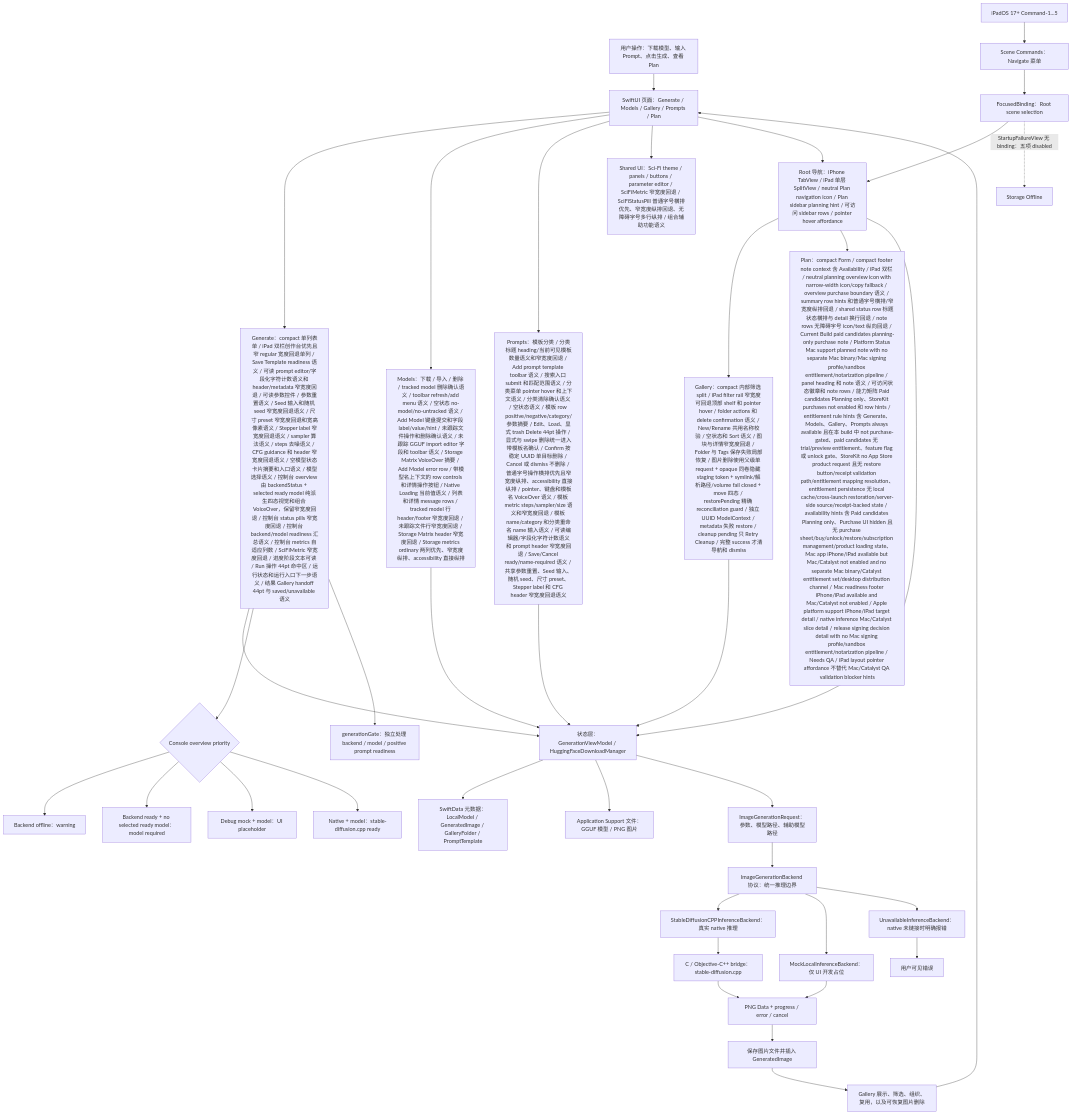
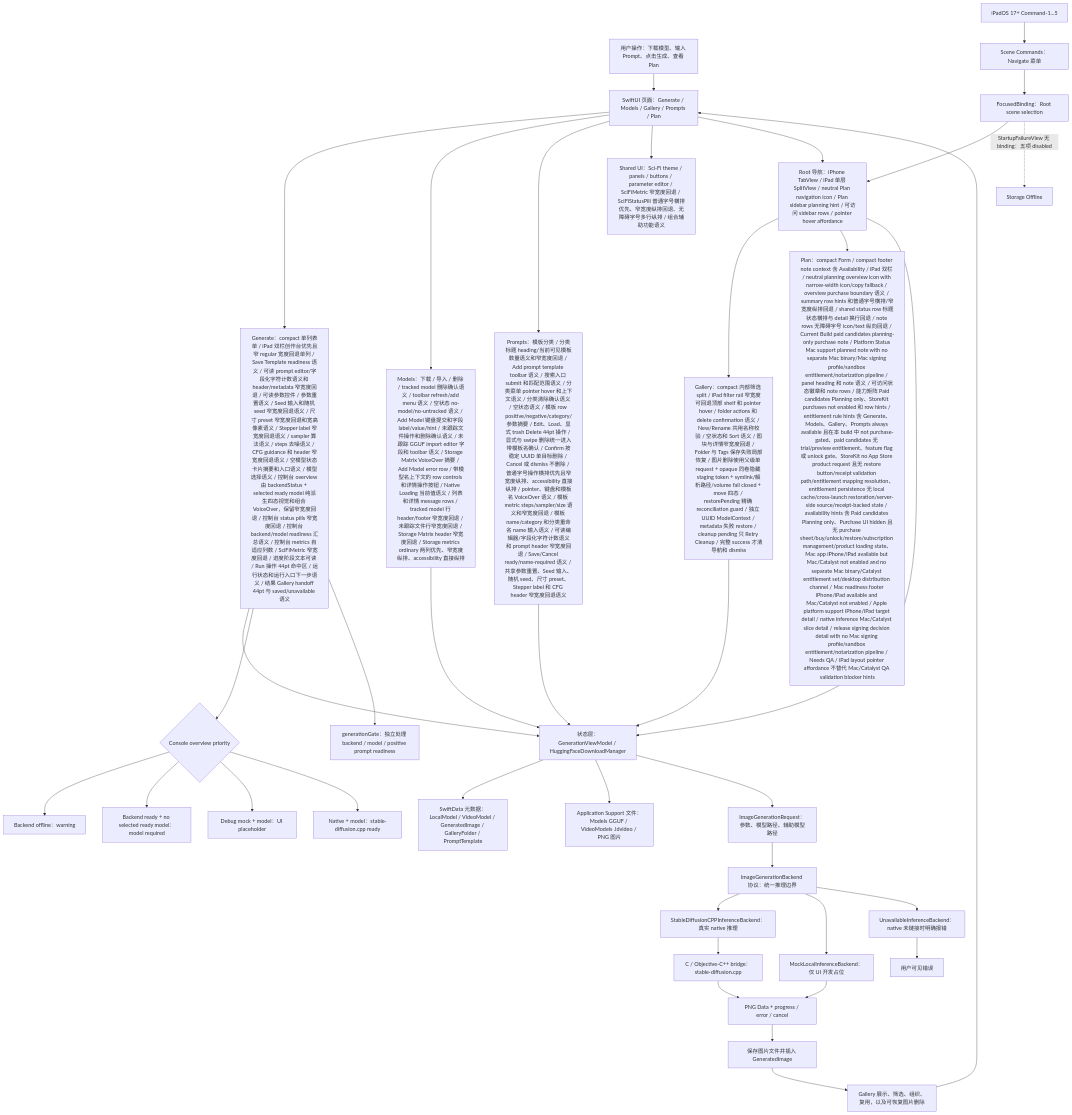
Before and after one commit to Altman-sam114/118: the first of 9 diagrams in md/flow/flowchart.md, drawn with Mermaid. The commit also changed other lines of this file and 12 other files, not shown here.

Commit message:
v1.161: Add local video model deployment foundation

````diff
--- a/md/flow/flowchart.md
+++ b/md/flow/flowchart.md
@@ -9,40 +9,40 @@
 ```mermaid
 flowchart TD
   U["用户操作：下载模型、输入 Prompt、点击生成、查看 Plan"] --> UI["SwiftUI 页面：Generate / Models / Gallery / Prompts / Plan"]
   UI --> GENUI["Generate：compact 单列表单 / iPad 双栏创作台优先且窄 regular 宽度回退单列 / Save Template readiness 语义 / 可读 prompt editor/字段化字符计数语义和 header/metadata 窄宽度回退 / 可读参数控件 / 参数重置语义 / Seed 输入和随机 seed 窄宽度回退语义 / 尺寸 preset 窄宽度回退和宽高像素语义 / Stepper label 窄宽度回退语义 / sampler 算法语义 / steps 去噪语义 / CFG guidance 和 header 窄宽度回退语义 / 空模型状态卡片摘要和入口语义 / 模型选择语义 / 控制台 overview 由 backendStatus + selected ready model 纯派生四态视觉和组合 VoiceOver，保留窄宽度回退 / 控制台 status pills 窄宽度回退 / 控制台 backend/model readiness 汇总语义 / 控制台 metrics 自适应列数 / SciFiMetric 窄宽度回退 / 进度阶段文本可读 / Run 操作 44pt 命中区 / 运行状态和运行入口下一步语义 / 结果 Gallery handoff 44pt 与 saved/unavailable 语义"]
   UI --> MODELUI["Models：下载 / 导入 / 删除 / tracked model 删除确认语义 / toolbar refresh/add menu 语义 / 空状态 no-model/no-untracked 语义 / Add Model 键盘提交和字段 label/value/hint / 未跟踪文件操作和删除确认语义 / 未跟踪 GGUF import editor 字段和 toolbar 语义 / Storage Matrix VoiceOver 摘要 / Add Model error row / 带模型名上下文的 row controls 和详情操作按钮 / Native Loading 当前值语义 / 列表和详情 message rows / tracked model 行 header/footer 窄宽度回退 / 未跟踪文件行窄宽度回退 / Storage Matrix header 窄宽度回退 / Storage metrics ordinary 两列优先、窄宽度纵排、accessibility 直接纵排"]
   UI --> PROMPTUI["Prompts：模板分类 / 分类标题 heading/当前可见模板数量语义和窄宽度回退 / Add prompt template toolbar 语义 / 搜索入口 submit 和匹配范围语义 / 分类菜单 pointer hover 和上下文语义 / 分类清除确认语义 / 空状态语义 / 模板 row positive/negative/category/参数摘要 / Edit、Load、显式 trash Delete 44pt 操作 / 显式与 swipe 删除统一进入带模板名确认 / Confirm 按稳定 UUID 单目标删除 / Cancel 或 dismiss 不删除 / 普通字号操作横排优先且窄宽度纵排、accessibility 直接纵排 / pointer、键盘和模板名 VoiceOver 语义 / 模板 metric steps/sampler/size 语义和窄宽度回退 / 模板 name/category 和分类重命名 name 输入语义 / 可读编辑器/字段化字符计数语义和 prompt header 窄宽度回退 / Save/Cancel ready/name-required 语义 / 共享参数重置、Seed 输入、随机 seed、尺寸 preset、Stepper label 和 CFG header 窄宽度回退语义"]
   UI --> SHAREDUI["Shared UI：Sci-Fi theme / panels / buttons / parameter editor / SciFiMetric 窄宽度回退 / SciFiStatusPill 普通字号横排优先、窄宽度纵排回退、无障碍字号多行纵排 / 组合辅助功能语义"]
   UI --> NAV["Root 导航：iPhone TabView / iPad 单层 SplitView / neutral Plan navigation icon / Plan sidebar planning hint / 可访问 sidebar rows / pointer hover affordance"]
   KEYBOARD["iPadOS 17+ Command-1...5"] --> COMMANDS["Scene Commands：Navigate 菜单"]
   COMMANDS --> FOCUSED["FocusedBinding：Root scene selection"]
   FOCUSED --> NAV
   FOCUSED -. "StartupFailureView 无 binding：五项 disabled" .-> STARTUP["Storage Offline"]
   NAV --> GALUI["Gallery：compact 内部筛选 split / iPad filter rail 窄宽度可回退顶部 shelf 和 pointer hover / folder actions 和 delete confirmation 语义 / New/Rename 共用名称校验 / 空状态和 Sort 语义 / 图块与详情窄宽度回退 / Folder 与 Tags 保存失败局部恢复 / 图片删除使用父级单 request + opaque 同卷隐藏 staging token + symlink/解析路径/volume fail closed + move 四态 / restorePending 精确 reconciliation guard / 独立 UUID ModelContext / metadata 失败 restore / cleanup pending 只 Retry Cleanup / 完整 success 才清导航和 dismiss"]
   NAV --> PLANUI["Plan：compact Form / compact footer note context 含 Availability / iPad 双栏 / neutral planning overview icon with narrow-width icon/copy fallback / overview purchase boundary 语义 / summary row hints 和普通字号横排/窄宽度纵排回退 / shared status row 标题状态横排与 detail 换行回退 / note rows 无障碍字号 icon/text 纵向回退 / Current Build paid candidates planning-only purchase note / Platform Status Mac support planned note with no separate Mac binary/Mac signing profile/sandbox entitlement/notarization pipeline / panel heading 和 note 语义 / 可访问状态徽章和 note rows / 能力矩阵 Paid candidates Planning only、StoreKit purchases not enabled 和 row hints / entitlement rule hints 含 Generate、Models、Gallery、Prompts always available 且在本 build 中 not purchase-gated、paid candidates 无 trial/preview entitlement、feature flag 或 unlock gate、StoreKit no App Store product request 且无 restore button/receipt validation path/entitlement mapping resolution、entitlement persistence 无 local cache/cross-launch restoration/server-side source/receipt-backed state / availability hints 含 Paid candidates Planning only、Purchase UI hidden 且无 purchase sheet/buy/unlock/restore/subscription management/product loading state、Mac app iPhone/iPad available but Mac/Catalyst not enabled and no separate Mac binary/Catalyst entitlement set/desktop distribution channel / Mac readiness footer iPhone/iPad available and Mac/Catalyst not enabled / Apple platform support iPhone/iPad target detail / native inference Mac/Catalyst slice detail / release signing decision detail with no Mac signing profile/sandbox entitlement/notarization pipeline / Needs QA / iPad layout pointer affordance 不替代 Mac/Catalyst QA validation blocker hints"]
   NAV --> VM["状态层：GenerationViewModel / HuggingFaceDownloadManager"]
   GENUI --> VM
   GENUI --> OVERVIEW{"Console overview priority"}
   OVERVIEW --> O1["Backend offline：warning"]
   OVERVIEW --> O2["Backend ready + no selected ready model：model required"]
   OVERVIEW --> O3["Debug mock + model：UI placeholder"]
   OVERVIEW --> O4["Native + model：stable-diffusion.cpp ready"]
   GENUI --> GATE["generationGate：独立处理 backend / model / positive prompt readiness"]
   MODELUI --> VM
   PROMPTUI --> VM
   GALUI --> VM
-  VM --> SD["SwiftData 元数据：LocalModel / GeneratedImage / GalleryFolder / PromptTemplate"]
-  VM --> FS["Application Support 文件：GGUF 模型 / PNG 图片"]
+  VM --> SD["SwiftData 元数据：LocalModel / VideoModel / GeneratedImage / GalleryFolder / PromptTemplate"]
+  VM --> FS["Application Support 文件：Models GGUF / VideoModels .ldvideo / PNG 图片"]
   VM --> REQ["ImageGenerationRequest：参数、模型路径、辅助模型路径"]
   REQ --> IFACE["ImageGenerationBackend 协议：统一推理边界"]
   IFACE --> NATIVE["StableDiffusionCPPInferenceBackend：真实 native 推理"]
   IFACE --> MOCK["MockLocalInferenceBackend：仅 UI 开发占位"]
   IFACE --> OFF["UnavailableInferenceBackend：native 未链接时明确报错"]
   NATIVE --> BRIDGE["C / Objective-C++ bridge：stable-diffusion.cpp"]
   BRIDGE --> PNG["PNG Data + progress / error / cancel"]
   MOCK --> PNG
   OFF --> ERR["用户可见错误"]
   PNG --> SAVE["保存图片文件并插入 GeneratedImage"]
   SAVE --> GALLERY["Gallery 展示、筛选、组织、复用，以及可恢复图片删除"]
   GALLERY --> UI
 ```
````
